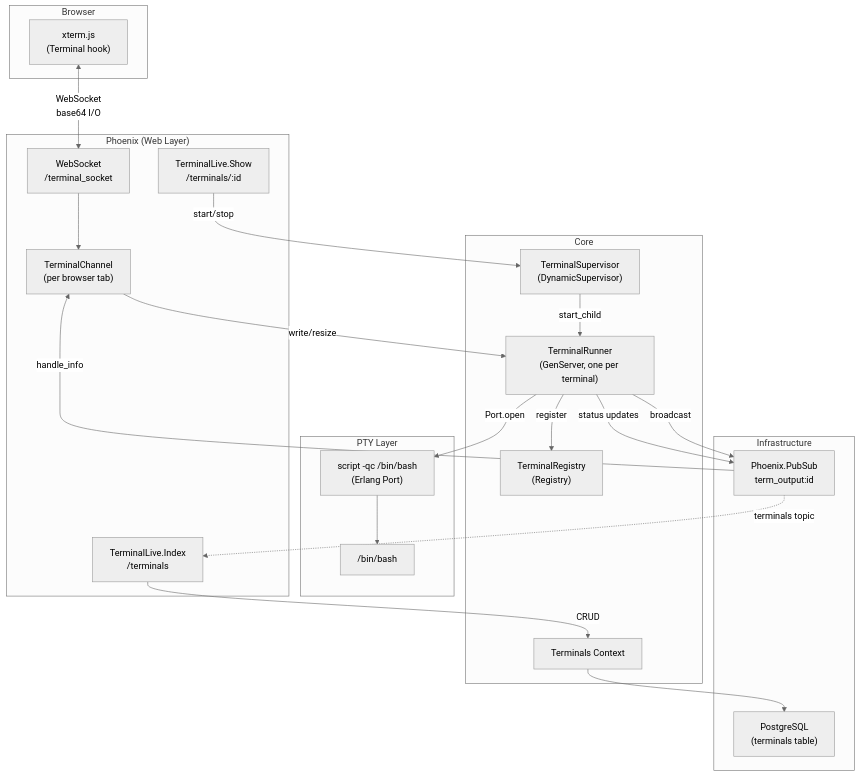
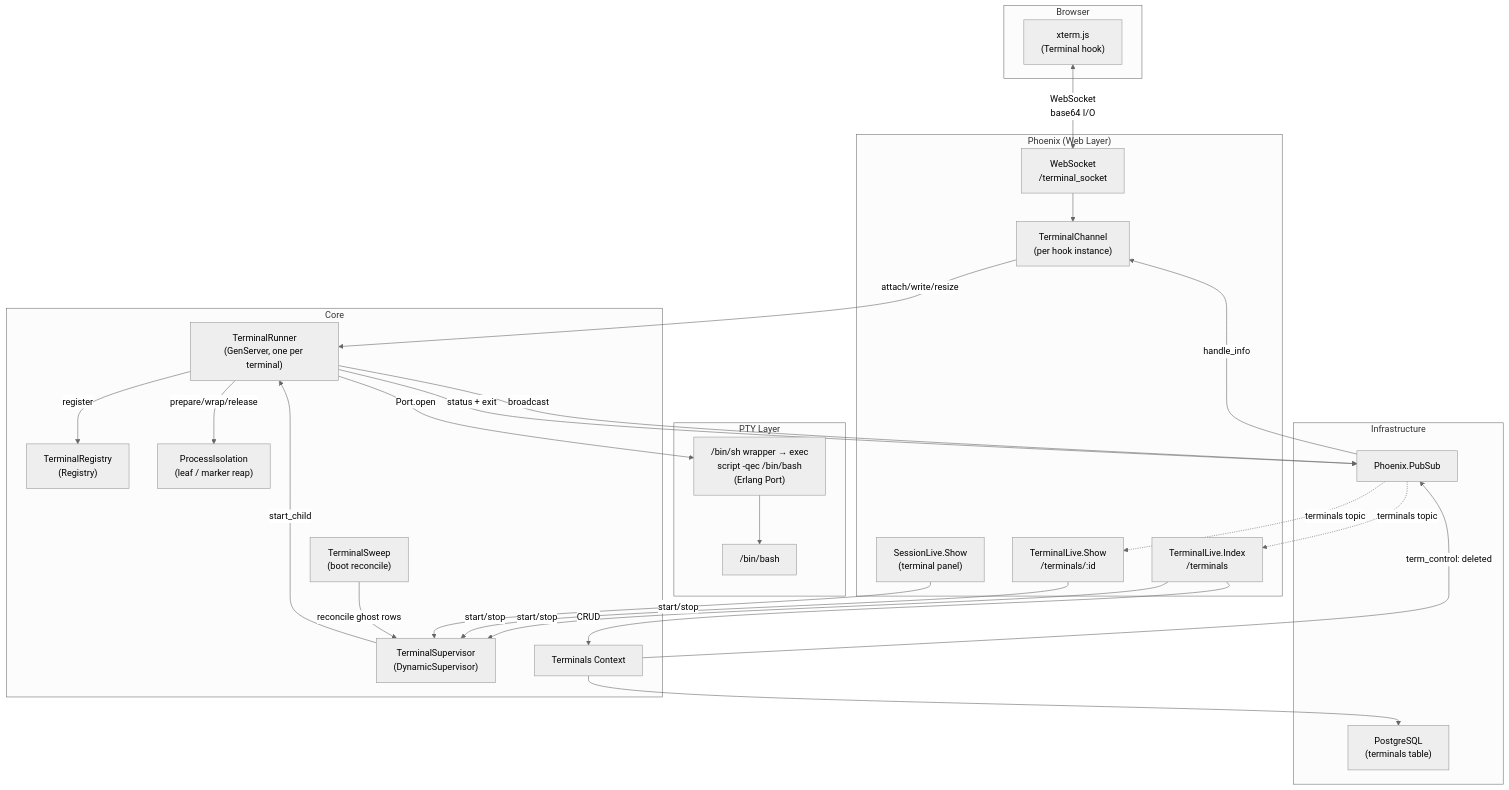
Before and after one commit to zingbretsen/orca_hub: the second of 3 diagrams in .context/terminals.md, drawn with Mermaid (neutral theme). The commit also changed other lines of this file and 4 other files, not shown here.

First line of the commit message:
docs: terminal lifecycle, teardown, ghost rows, idle teardown, pty size

````diff
--- a/.context/terminals.md
+++ b/.context/terminals.md
@@ -33,48 +39,54 @@
 ```mermaid
 graph TB
     subgraph Browser
         XT["xterm.js<br>(Terminal hook)"]
     end
 
     subgraph "Phoenix (Web Layer)"
         WS["WebSocket<br>/terminal_socket"]
-        CH["TerminalChannel<br>(per browser tab)"]
+        CH["TerminalChannel<br>(per hook instance)"]
         LV_I["TerminalLive.Index<br>/terminals"]
         LV_S["TerminalLive.Show<br>/terminals/:id"]
+        LV_P["SessionLive.Show<br>(terminal panel)"]
     end
 
     subgraph "Core"
         TR["TerminalRunner<br>(GenServer, one per terminal)"]
         TS["TerminalSupervisor<br>(DynamicSupervisor)"]
+        TSW["TerminalSweep<br>(boot reconcile)"]
         REG["TerminalRegistry<br>(Registry)"]
+        PI["ProcessIsolation<br>(leaf / marker reap)"]
         CTX["Terminals Context"]
     end
 
     subgraph "PTY Layer"
-        PY["script -qc /bin/bash<br>(Erlang Port)"]
+        PY["/bin/sh wrapper → exec<br>script -qec /bin/bash<br>(Erlang Port)"]
         SH["/bin/bash"]
     end
 
     subgraph "Infrastructure"
-        PS["Phoenix.PubSub<br>term_output:id"]
+        PS["Phoenix.PubSub"]
         DB["PostgreSQL<br>(terminals table)"]
     end
 
     XT <-->|"WebSocket<br>base64 I/O"| WS
     WS --> CH
-    CH -->|"write/resize"| TR
+    CH -->|"attach/write/resize"| TR
     TR -->|"broadcast"| PS
     PS -->|"handle_info"| CH
 
     LV_I -->|"CRUD"| CTX
-    LV_S -->|"start/stop"| TS
+    LV_I & LV_S & LV_P -->|"start/stop"| TS
 
     TS -->|"start_child"| TR
+    TSW -->|"reconcile ghost rows"| TS
     TR -->|"register"| REG
+    TR -->|"prepare/wrap/release"| PI
     TR -->|"Port.open"| PY
     PY --> SH
     CTX --> DB
 
-    TR -->|"status updates"| PS
-    PS -.->|"terminals topic"| LV_I
+    TR -->|"status + exit"| PS
+    PS -.->|"terminals topic"| LV_I & LV_S
+    CTX -->|"term_control: deleted"| PS
 ```
````
